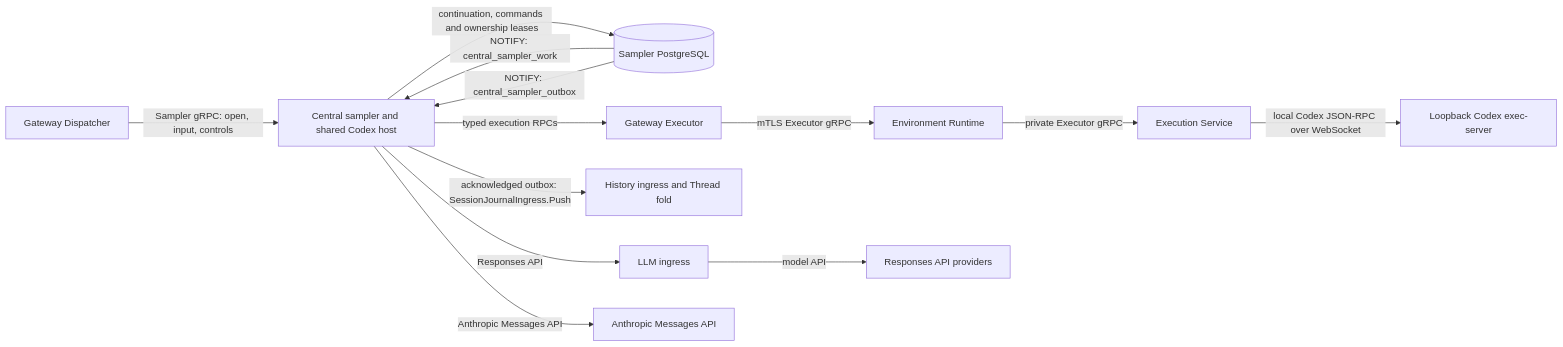
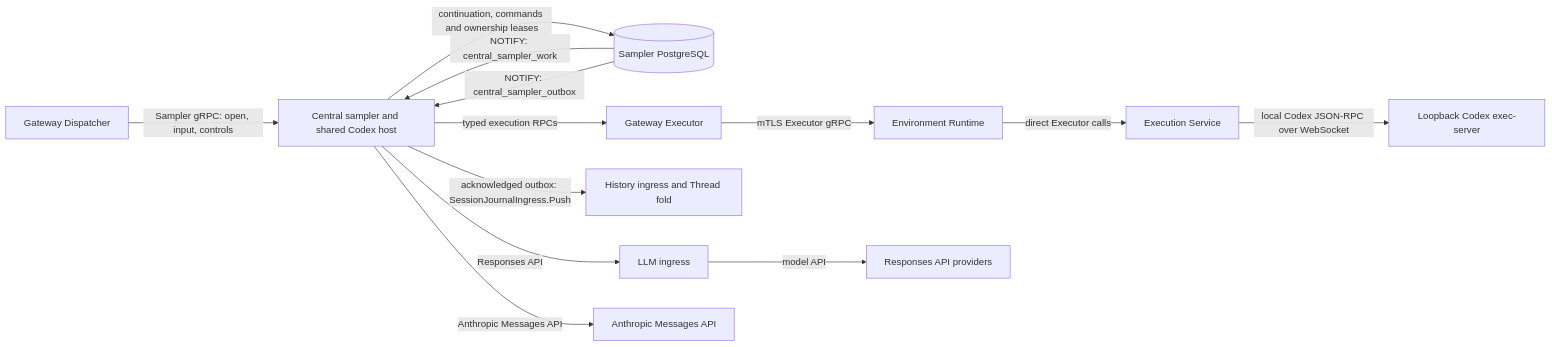
One commit to agentydragon/ducktape changed the second of 9 diagrams in agentplane/docs/system_overview.md. Above: the diagram before and after it, drawn with Mermaid. The commit also changed other lines of this file and 1 other file, not shown here.

Commit message:
Document direct embedded execution calls

````diff
--- a/agentplane/docs/system_overview.md
+++ b/agentplane/docs/system_overview.md
@@ -59,25 +59,25 @@
 ```mermaid
 flowchart LR
     dispatcher[Gateway Dispatcher]
     sampler[Central sampler and shared Codex host]
     db[(Sampler PostgreSQL)]
     gateway[Gateway Executor]
     runtime[Environment Runtime]
     execution[Execution Service]
     executor[Loopback Codex exec-server]
     history[History ingress and Thread fold]
     llm[LLM ingress]
     responses[Responses API providers]
     anthropic[Anthropic Messages API]
     dispatcher -->|Sampler gRPC: open, input, controls| sampler
     sampler -->|continuation, commands and ownership leases| db
     db -->|NOTIFY: central_sampler_work| sampler
     db -->|NOTIFY: central_sampler_outbox| sampler
     sampler -->|typed execution RPCs| gateway
     gateway -->|mTLS Executor gRPC| runtime
-    runtime -->|private Executor gRPC| execution
+    runtime -->|direct Executor calls| execution
     execution -->|local Codex JSON-RPC over WebSocket| executor
     sampler -->|acknowledged outbox: SessionJournalIngress.Push| history
     sampler -->|Responses API| llm -->|model API| responses
     sampler -->|Anthropic Messages API| anthropic
 ```
````
